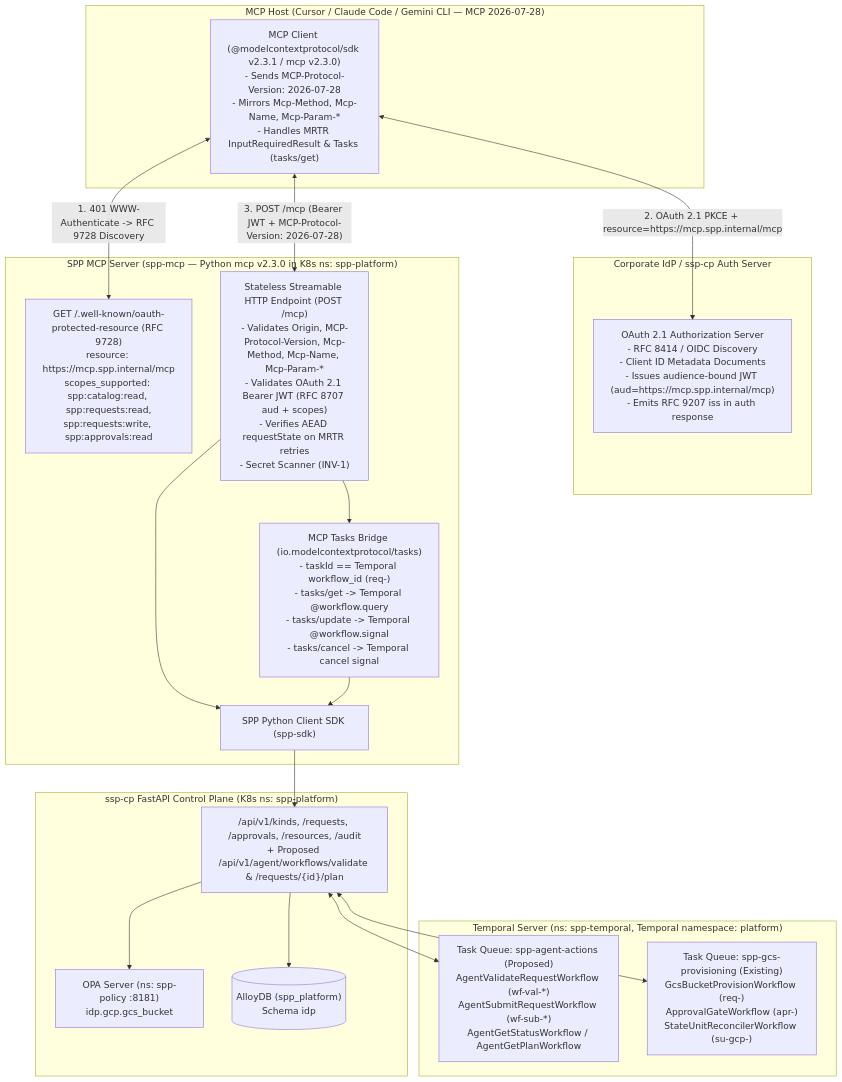
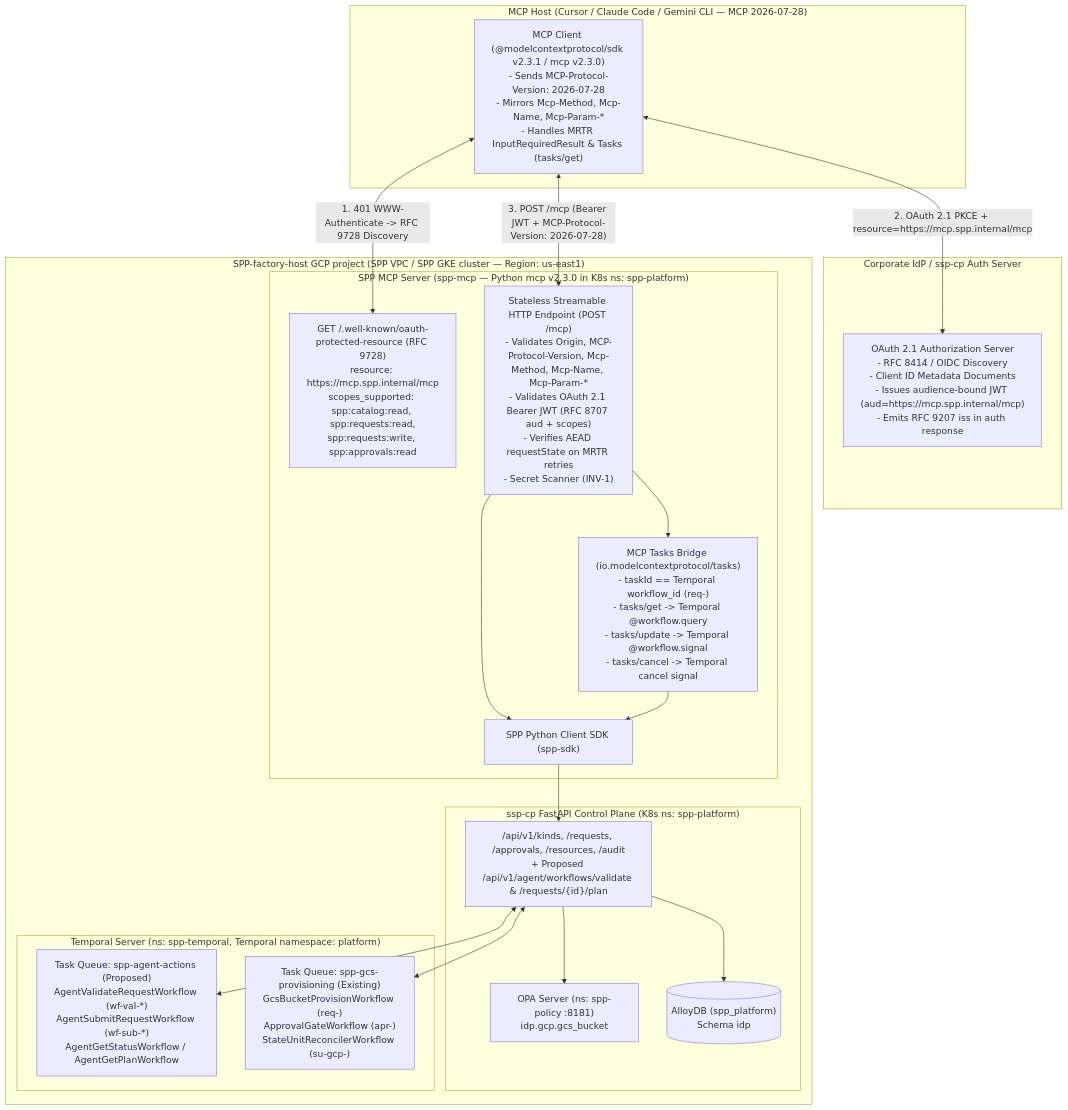
The first of 2 diagrams in experiences/mcp/README.md (vaishnavi4068/ssp-doc), drawn with Mermaid before and after one commit. The commit also changed other lines of this file and 27 other files, not shown here.

Commit message:
docs(diagrams,adr): replace company-specific host/cluster/VPC names in diagrams and prose with generic SPP labels

````diff
--- a/experiences/mcp/README.md
+++ b/experiences/mcp/README.md
@@ -99,40 +99,42 @@
 ```mermaid
 flowchart TB
     subgraph Host["MCP Host (Cursor / Claude Code / Gemini CLI — MCP 2026-07-28)"]
         Client["MCP Client (@modelcontextprotocol/sdk v2.3.1 / mcp v2.3.0)\n- Sends MCP-Protocol-Version: 2026-07-28\n- Mirrors Mcp-Method, Mcp-Name, Mcp-Param-*\n- Handles MRTR InputRequiredResult & Tasks (tasks/get)"]
     end
 
     subgraph AuthServer["Corporate IdP / ssp-cp Auth Server"]
         AS["OAuth 2.1 Authorization Server\n- RFC 8414 / OIDC Discovery\n- Client ID Metadata Documents\n- Issues audience-bound JWT (aud=https://mcp.spp.internal/mcp)\n- Emits RFC 9207 iss in auth response"]
     end
 
-    subgraph MCPServer["SPP MCP Server (spp-mcp — Python mcp v2.3.0 in K8s ns: spp-platform)"]
-        PRM["GET /.well-known/oauth-protected-resource (RFC 9728)\nresource: https://mcp.spp.internal/mcp\nscopes_supported: spp:catalog:read, spp:requests:read,\nspp:requests:write, spp:approvals:read"]
-        Endpoint["Stateless Streamable HTTP Endpoint (POST /mcp)\n- Validates Origin, MCP-Protocol-Version, Mcp-Method, Mcp-Name, Mcp-Param-*\n- Validates OAuth 2.1 Bearer JWT (RFC 8707 aud + scopes)\n- Verifies AEAD requestState on MRTR retries\n- Secret Scanner (INV-1)"]
-        TasksBridge["MCP Tasks Bridge (io.modelcontextprotocol/tasks)\n- taskId == Temporal workflow_id (req-<request_id>)\n- tasks/get -> Temporal @workflow.query\n- tasks/update -> Temporal @workflow.signal\n- tasks/cancel -> Temporal cancel signal"]
-        SDK["SPP Python Client SDK (spp-sdk)"]
-    end
+    subgraph HostProject["SPP-factory-host GCP project (SPP VPC / SPP GKE cluster — Region: us-east1)"]
+        subgraph MCPServer["SPP MCP Server (spp-mcp — Python mcp v2.3.0 in K8s ns: spp-platform)"]
+            PRM["GET /.well-known/oauth-protected-resource (RFC 9728)\nresource: https://mcp.spp.internal/mcp\nscopes_supported: spp:catalog:read, spp:requests:read,\nspp:requests:write, spp:approvals:read"]
+            Endpoint["Stateless Streamable HTTP Endpoint (POST /mcp)\n- Validates Origin, MCP-Protocol-Version, Mcp-Method, Mcp-Name, Mcp-Param-*\n- Validates OAuth 2.1 Bearer JWT (RFC 8707 aud + scopes)\n- Verifies AEAD requestState on MRTR retries\n- Secret Scanner (INV-1)"]
+            TasksBridge["MCP Tasks Bridge (io.modelcontextprotocol/tasks)\n- taskId == Temporal workflow_id (req-<request_id>)\n- tasks/get -> Temporal @workflow.query\n- tasks/update -> Temporal @workflow.signal\n- tasks/cancel -> Temporal cancel signal"]
+            SDK["SPP Python Client SDK (spp-sdk)"]
+        end
 
-    subgraph ControlPlane["ssp-cp FastAPI Control Plane (K8s ns: spp-platform)"]
-        CPAPI["/api/v1/kinds, /requests, /approvals, /resources, /audit\n+ Proposed /api/v1/agent/workflows/validate & /requests/{id}/plan"]
-        OPA["OPA Server (ns: spp-policy :8181)\nidp.gcp.gcs_bucket"]
-        AlloyDB[("AlloyDB (spp_platform)\nSchema idp")]
-    end
+        subgraph ControlPlane["ssp-cp FastAPI Control Plane (K8s ns: spp-platform)"]
+            CPAPI["/api/v1/kinds, /requests, /approvals, /resources, /audit\n+ Proposed /api/v1/agent/workflows/validate & /requests/{id}/plan"]
+            OPA["OPA Server (ns: spp-policy :8181)\nidp.gcp.gcs_bucket"]
+            AlloyDB[("AlloyDB (spp_platform)\nSchema idp")]
+        end
 
-    subgraph Temporal["Temporal Server (ns: spp-temporal, Temporal namespace: platform)"]
-        AgentQueue["Task Queue: spp-agent-actions (Proposed)\nAgentValidateRequestWorkflow (wf-val-*)\nAgentSubmitRequestWorkflow (wf-sub-*)\nAgentGetStatusWorkflow / AgentGetPlanWorkflow"]
-        GcsQueue["Task Queue: spp-gcs-provisioning (Existing)\nGcsBucketProvisionWorkflow (req-<request_id>)\nApprovalGateWorkflow (apr-<request_id>)\nStateUnitReconcilerWorkflow (su-gcp-<project_id>)"]
+        subgraph Temporal["Temporal Server (ns: spp-temporal, Temporal namespace: platform)"]
+            AgentQueue["Task Queue: spp-agent-actions (Proposed)\nAgentValidateRequestWorkflow (wf-val-*)\nAgentSubmitRequestWorkflow (wf-sub-*)\nAgentGetStatusWorkflow / AgentGetPlanWorkflow"]
+            GcsQueue["Task Queue: spp-gcs-provisioning (Existing)\nGcsBucketProvisionWorkflow (req-<request_id>)\nApprovalGateWorkflow (apr-<request_id>)\nStateUnitReconcilerWorkflow (su-gcp-<project_id>)"]
+        end
     end
 
     Client <-->|"1. 401 WWW-Authenticate -> RFC 9728 Discovery"| PRM
     Client <-->|"2. OAuth 2.1 PKCE + resource=https://mcp.spp.internal/mcp"| AS
     Client <-->|"3. POST /mcp (Bearer JWT + MCP-Protocol-Version: 2026-07-28)"| Endpoint
     Endpoint --> TasksBridge
     Endpoint --> SDK
     TasksBridge --> SDK
     SDK --> CPAPI
     CPAPI --> OPA
     CPAPI --> AlloyDB
     CPAPI <--> AgentQueue
     CPAPI <--> GcsQueue
 ```
````
